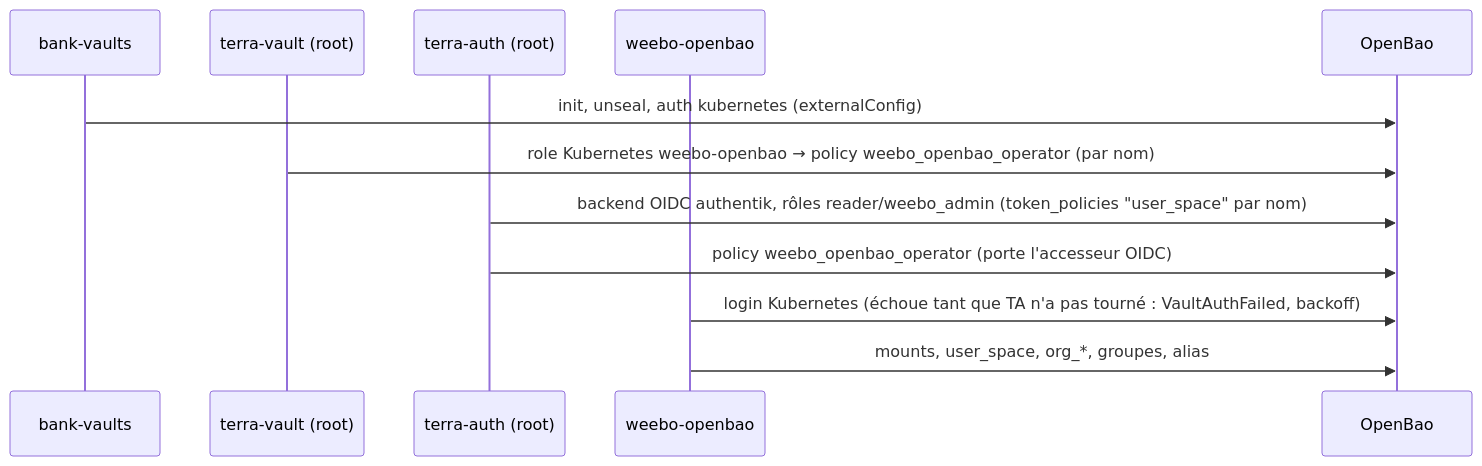
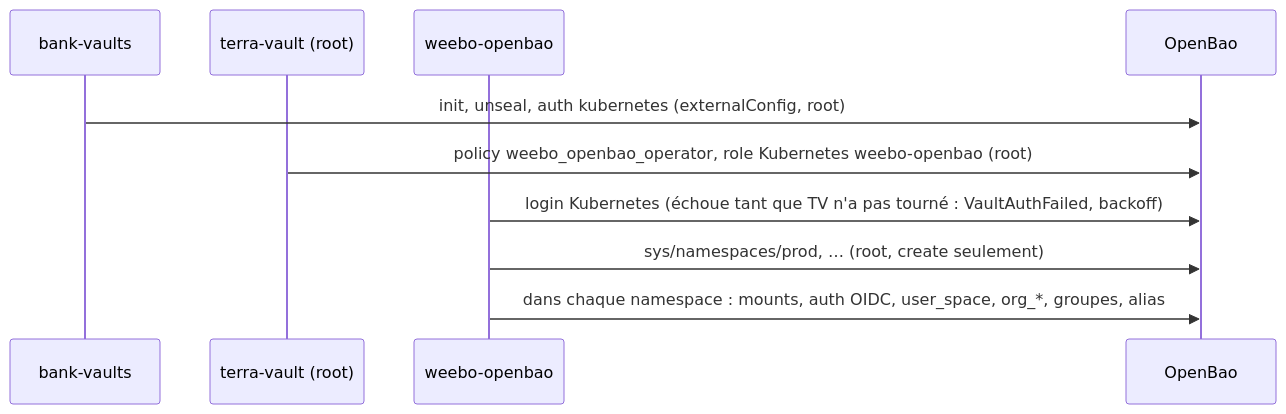
Before and after one commit to weebo-si-operator/weebo-operator-kit: the fourth of 5 diagrams in docs/rfc-0007-espaces-openbao-declaratifs.md, drawn with Mermaid. The commit also changed other lines of this file, not shown here.

First line of the commit message:
docs(rfc-0007): namespaces per env, human and machine access models

````diff
--- a/docs/rfc-0007-espaces-openbao-declaratifs.md
+++ b/docs/rfc-0007-espaces-openbao-declaratifs.md
@@ -376,14 +635,12 @@
 ```mermaid
 sequenceDiagram
     participant BV as bank-vaults
     participant TV as terra-vault (root)
-    participant TA as terra-auth (root)
     participant OP as weebo-openbao
     participant OB as OpenBao
-    BV->>OB: init, unseal, auth kubernetes (externalConfig)
-    TV->>OB: role Kubernetes weebo-openbao → policy weebo_openbao_operator (par nom)
-    TA->>OB: backend OIDC authentik, rôles reader/weebo_admin (token_policies "user_space" par nom)
-    TA->>OB: policy weebo_openbao_operator (porte l'accesseur OIDC)
-    OP->>OB: login Kubernetes (échoue tant que TA n'a pas tourné : VaultAuthFailed, backoff)
-    OP->>OB: mounts, user_space, org_*, groupes, alias
+    BV->>OB: init, unseal, auth kubernetes (externalConfig, root)
+    TV->>OB: policy weebo_openbao_operator, role Kubernetes weebo-openbao (root)
+    OP->>OB: login Kubernetes (échoue tant que TV n'a pas tourné : VaultAuthFailed, backoff)
+    OP->>OB: sys/namespaces/prod, … (root, create seulement)
+    OP->>OB: dans chaque namespace : mounts, auth OIDC, user_space, org_*, groupes, alias
 ```
````
